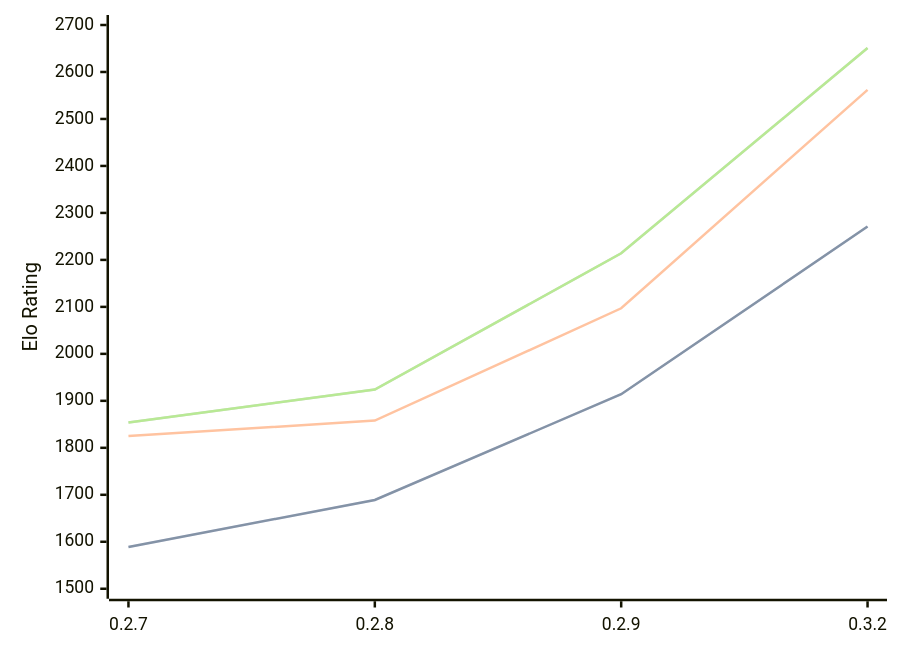
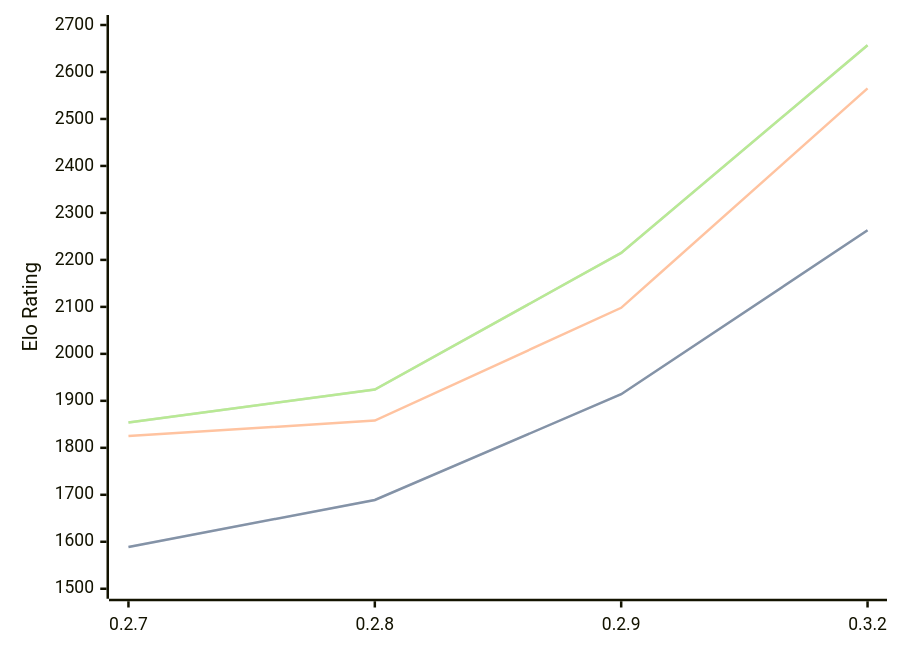
One commit to computer-chess-index/cci changed the third of 3 diagrams in engines/Dual.md. Above: the diagram before and after it, drawn with Mermaid. The commit also changed other lines of this file, not shown here.

Commit message:
Update CCI Ratings (ELO VLTC) - 2026-07-13

````diff
--- a/engines/Dual.md
+++ b/engines/Dual.md
@@ -77,11 +77,11 @@
 ```mermaid
 %%{init: {"theme":"base","themeVariables":{"seriesColors:['#a3a3a3','#222221','#faa371']}}}%%
 xychart-beta
   x-axis ["0.2.7", "0.2.8", "0.2.9", "0.3.2"]
   y-axis "Elo Rating" 1500 --> 2700
-  line "STC (8.0+0.08s)" [1589, 1689, 1914, 2271]
-  line "STC (8.0+0.08s)" [1589, 1689, 1914, 2271]
-  line "LTC (60.0+0.60s)" [1825, 1858, 2097, 2562]
-  line "VLTC (2m24s+1.12s)" [1854, 1924, 2214, 2651]
-  line "VLTC (2m24s+1.12s)" [1854, 1924, 2214, 2651]
+  line "STC (8.0+0.08s)" [1589, 1689, 1914, 2263]
+  line "STC (8.0+0.08s)" [1589, 1689, 1914, 2263]
+  line "LTC (60.0+0.60s)" [1825, 1858, 2098, 2565]
+  line "VLTC (2m24s+1.12s)" [1854, 1924, 2215, 2657]
+  line "VLTC (2m24s+1.12s)" [1854, 1924, 2215, 2657]
 ```
````
